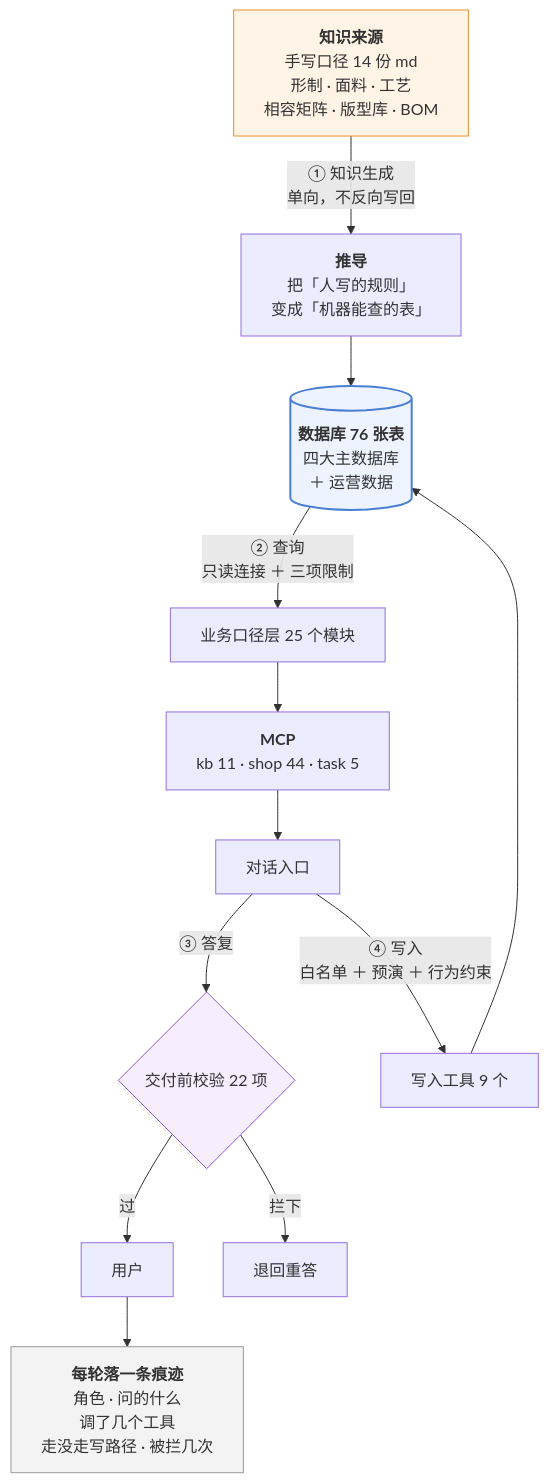
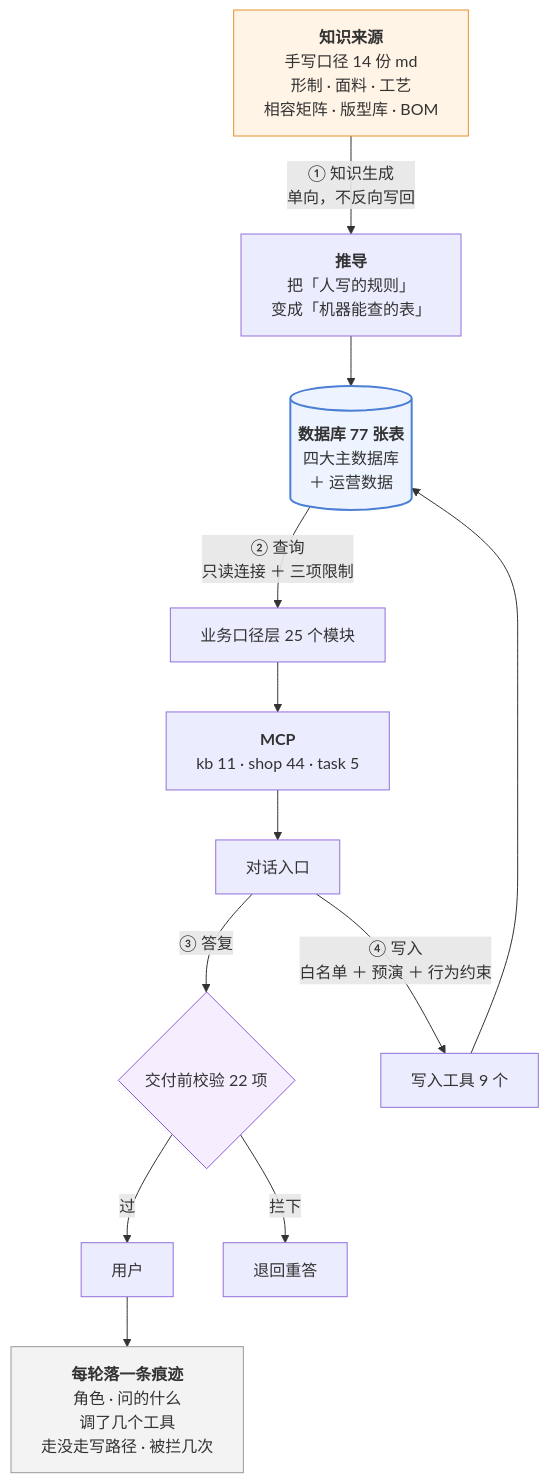
One commit to 843773296-rgb/lanxiu-yunshang-agent changed the third of 4 diagrams in 澜绣云裳agent-产品需求文档.md. Above: the diagram before and after it, drawn with Mermaid. The commit also changed other lines of this file and 8 other files, not shown here.

````diff
--- a/澜绣云裳agent-产品需求文档.md
+++ b/澜绣云裳agent-产品需求文档.md
@@ -375,24 +375,24 @@
 ```mermaid
 flowchart TD
     MD["<b>知识来源</b><br/>手写口径 14 份 md<br/>形制 · 面料 · 工艺<br/>相容矩阵 · 版型库 · BOM"]
     MD -->|"① 知识生成<br/>单向，不反向写回"| DV["<b>推导</b><br/>把「人写的规则」<br/>变成「机器能查的表」"]
-    DV --> DB[("<b>数据库 76 张表</b><br/>四大主数据库<br/>＋ 运营数据")]
+    DV --> DB[("<b>数据库 77 张表</b><br/>四大主数据库<br/>＋ 运营数据")]
 
     DB -->|"② 查询<br/>只读连接 ＋ 三项限制"| KJ["业务口径层 25 个模块"]
     KJ --> MCP["<b>MCP</b><br/>kb 11 · shop 44 · task 5"]
     MCP --> LLM["对话入口"]
 
     LLM -->|"③ 答复"| GD{"交付前校验 22 项"}
     GD -- 过 --> U["用户"]
     GD -- 拦下 --> RE["退回重答"]
 
     LLM -->|"④ 写入<br/>白名单 ＋ 预演 ＋ 行为约束"| W["写入工具 9 个"]
     W --> DB
 
     U --> TR["<b>每轮落一条痕迹</b><br/>角色 · 问的什么<br/>调了几个工具<br/>走没走写路径 · 被拦几次"]
 
     style MD fill:#fff4e6,stroke:#e8912d
     style DB fill:#eef4ff,stroke:#4a7fd4,stroke-width:2px
     style GD fill:#f6eeff,stroke:#8b5cd6
     style TR fill:#f3f3f3,stroke:#999
 ```
````
